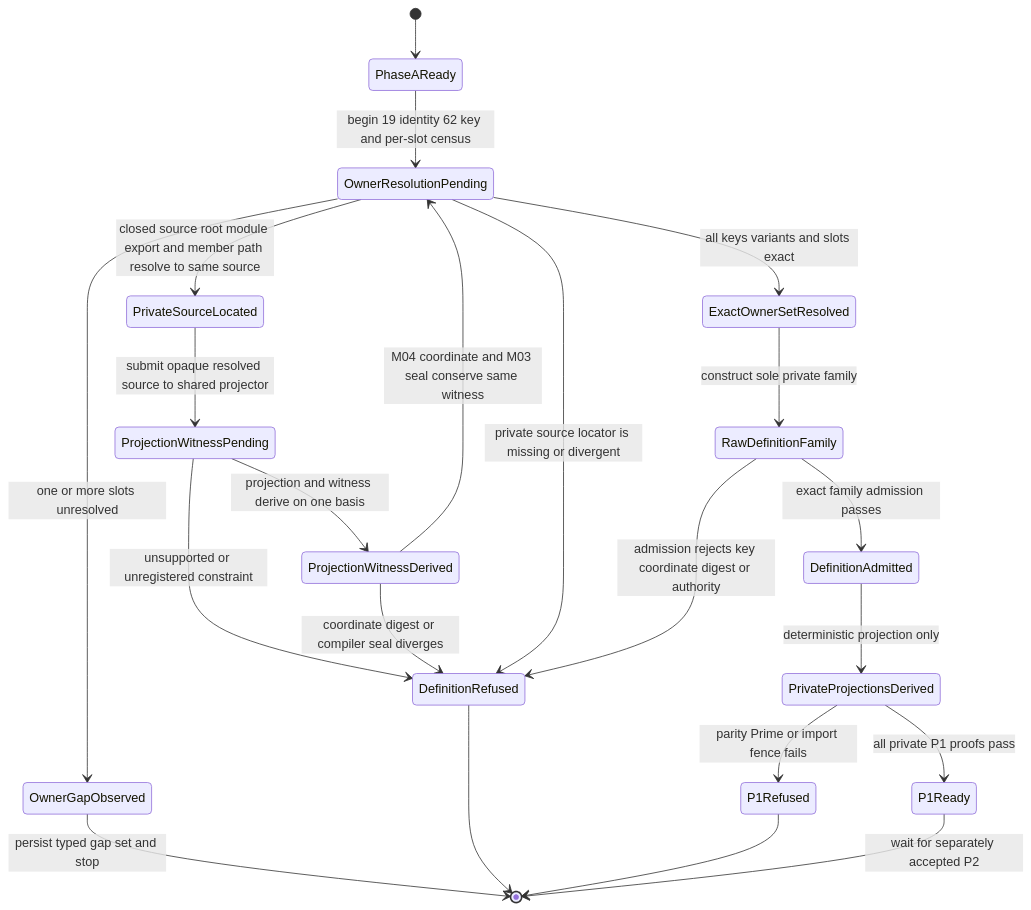
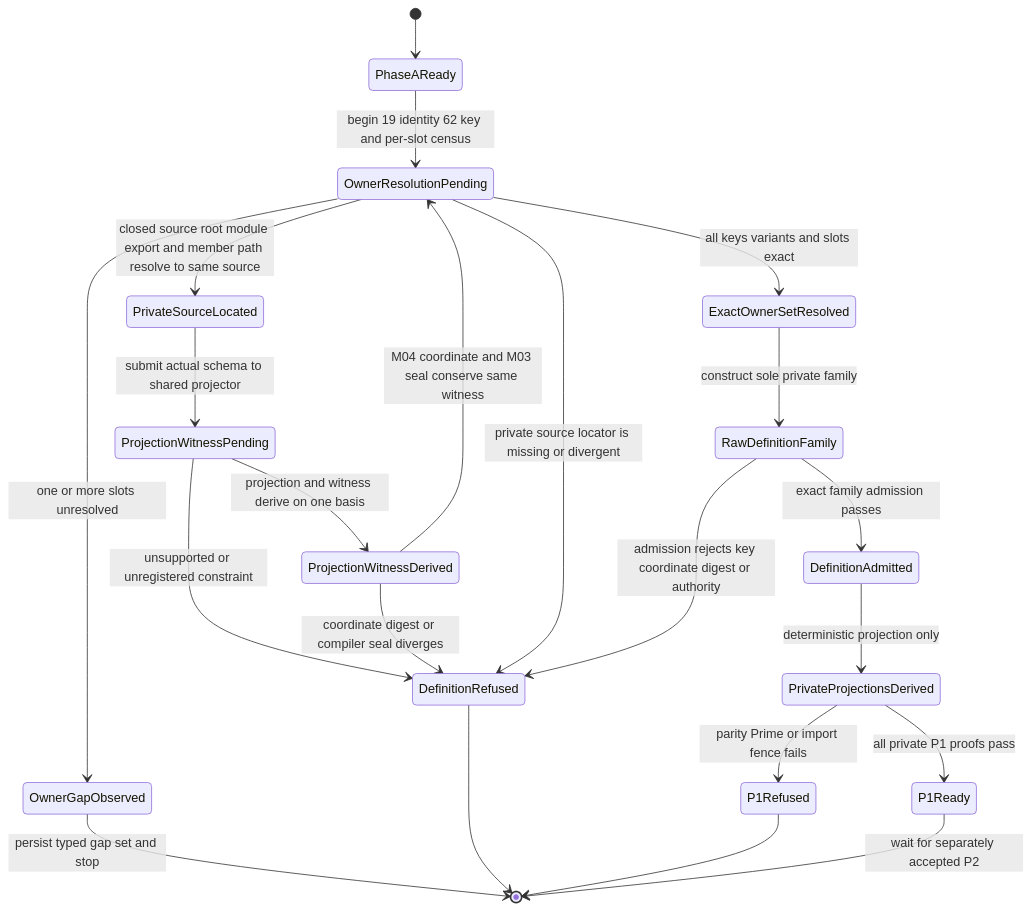
One commit to foolishimp/abiogenesis changed the third of 3 diagrams in build_tenants/abiogenesis/typescript/design/M04_PUBLIC_OPERATION_DEFINITION_FAMILY_BEHAVIOR_DESIGN.md. Above: the diagram before and after it, drawn with Mermaid. The commit also changed other lines of this file and 3 other files, not shown here.

````diff
--- a/build_tenants/abiogenesis/typescript/design/M04_PUBLIC_OPERATION_DEFINITION_FAMILY_BEHAVIOR_DESIGN.md
+++ b/build_tenants/abiogenesis/typescript/design/M04_PUBLIC_OPERATION_DEFINITION_FAMILY_BEHAVIOR_DESIGN.md
@@ -1225,24 +1307,24 @@
 ```mermaid
 stateDiagram-v2
   [*] --> PhaseAReady
   PhaseAReady --> OwnerResolutionPending: begin 19 identity 62 key and per-slot census
   OwnerResolutionPending --> PrivateSourceLocated: closed source root module export and member path resolve to same source
-  PrivateSourceLocated --> ProjectionWitnessPending: submit opaque resolved source to shared projector
+  PrivateSourceLocated --> ProjectionWitnessPending: submit actual schema to shared projector
   ProjectionWitnessPending --> ProjectionWitnessDerived: projection and witness derive on one basis
   ProjectionWitnessPending --> DefinitionRefused: unsupported or unregistered constraint
   ProjectionWitnessDerived --> OwnerResolutionPending: M04 coordinate and M03 seal conserve same witness
   ProjectionWitnessDerived --> DefinitionRefused: coordinate digest or compiler seal diverges
   OwnerResolutionPending --> DefinitionRefused: private source locator is missing or divergent
   OwnerResolutionPending --> OwnerGapObserved: one or more slots unresolved
   OwnerResolutionPending --> ExactOwnerSetResolved: all keys variants and slots exact
   ExactOwnerSetResolved --> RawDefinitionFamily: construct sole private family
   RawDefinitionFamily --> DefinitionRefused: admission rejects key coordinate digest or authority
   RawDefinitionFamily --> DefinitionAdmitted: exact family admission passes
   DefinitionAdmitted --> PrivateProjectionsDerived: deterministic projection only
   PrivateProjectionsDerived --> P1Refused: parity Prime or import fence fails
   PrivateProjectionsDerived --> P1Ready: all private P1 proofs pass
   OwnerGapObserved --> [*]: persist typed gap set and stop
   DefinitionRefused --> [*]
   P1Refused --> [*]
   P1Ready --> [*]: wait for separately accepted P2
 ```
````
